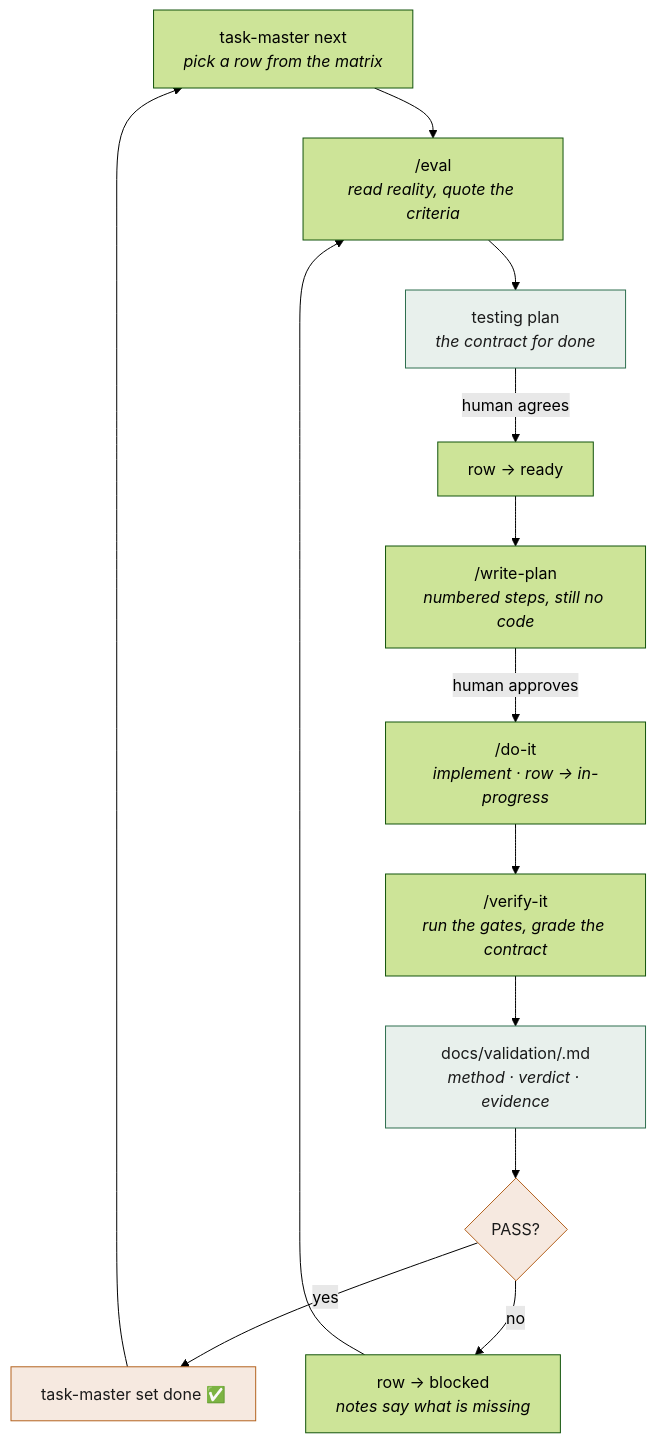
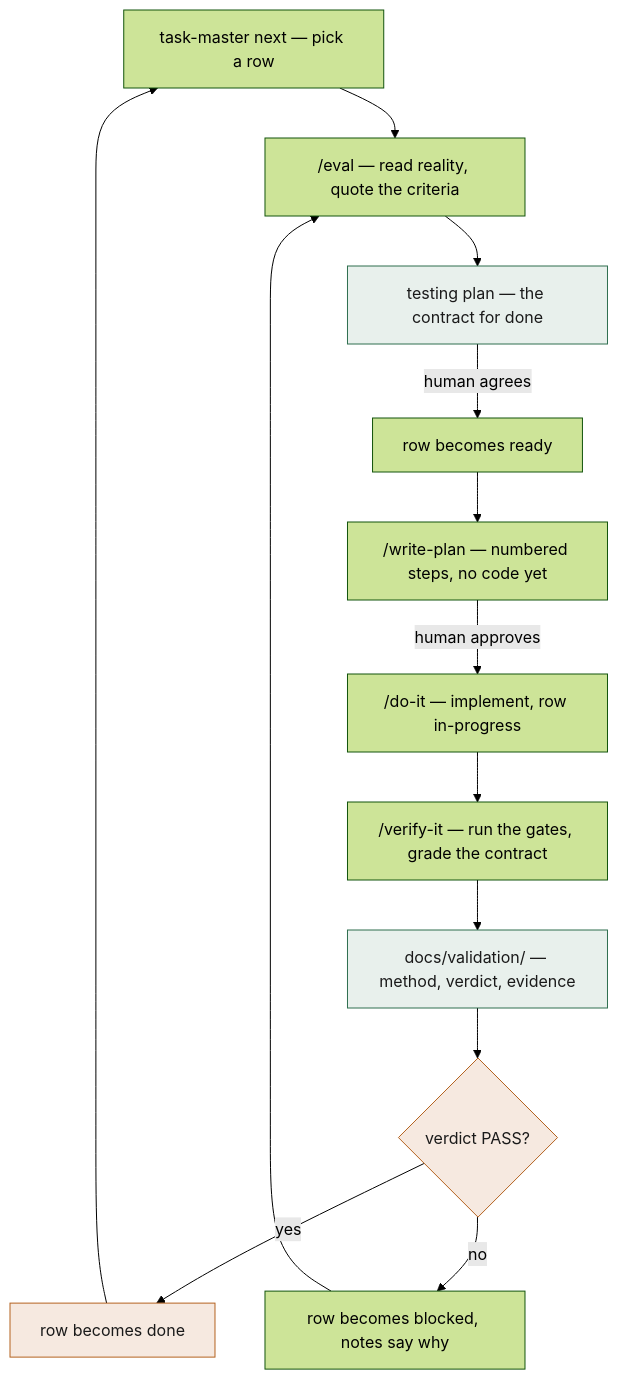
The diagram in index.md (josepalala-dev/ai-tool-docs), drawn with Mermaid (forest theme) before and after one commit. The commit also changed 2 other files, not shown here.

Commit message:
fix(site): drop html from mermaid labels so strict mode renders them

```diff
--- a/index.md
+++ b/index.md
@@ -30,20 +30,20 @@
 <pre class="mermaid">
 flowchart TD
-    A["task-master next<br/><i>pick a row from the matrix</i>"] --> B["/eval<br/><i>read reality, quote the criteria</i>"]
-    B --> C["testing plan<br/><i>the contract for done</i>"]
-    C -->|human agrees| D["row → ready"]
-    D --> E["/write-plan<br/><i>numbered steps, still no code</i>"]
-    E -->|human approves| F["/do-it<br/><i>implement · row → in-progress</i>"]
-    F --> G["/verify-it<br/><i>run the gates, grade the contract</i>"]
-    G --> H["docs/validation/&lt;id&gt;.md<br/><i>method · verdict · evidence</i>"]
-    H --> I{"PASS?"}
-    I -->|yes| J["task-master set &lt;id&gt; done ✅"]
-    I -->|no| K["row → blocked<br/><i>notes say what is missing</i>"]
+    A["task-master next — pick a row"] --> B["/eval — read reality, quote the criteria"]
+    B --> C["testing plan — the contract for done"]
+    C -->|human agrees| D["row becomes ready"]
+    D --> E["/write-plan — numbered steps, no code yet"]
+    E -->|human approves| F["/do-it — implement, row in-progress"]
+    F --> G["/verify-it — run the gates, grade the contract"]
+    G --> H["docs/validation/ — method, verdict, evidence"]
+    H --> I{"verdict PASS?"}
+    I -->|yes| J["row becomes done"]
+    I -->|no| K["row becomes blocked, notes say why"]
     K --> B
     J --> A
 
     classDef doc fill:#e8f0ec,stroke:#2f6f4f,color:#1a1a1a
     classDef gate fill:#f6e9e0,stroke:#b4621f,color:#1a1a1a
     class C,H doc
     class I,J gate
 </pre>
```
